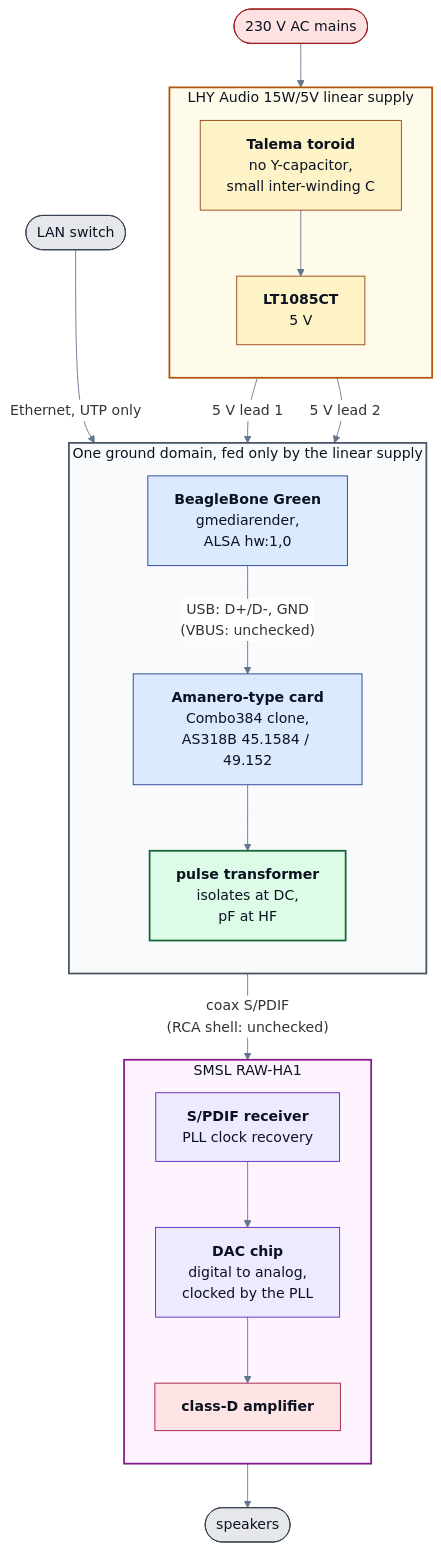
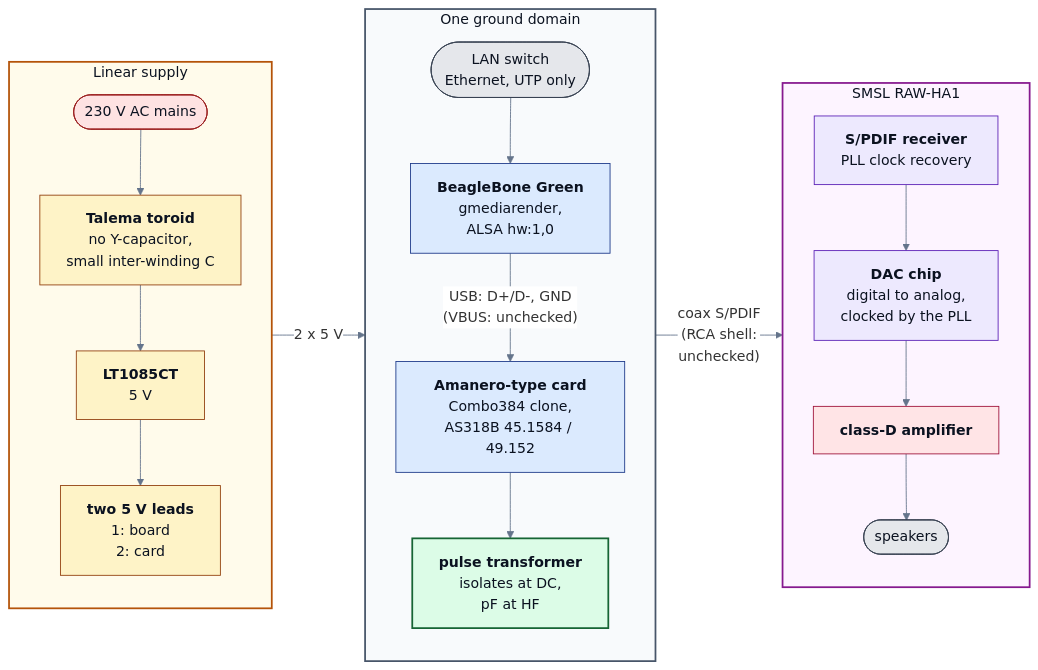
One commit to panedrone/beaglebone-gmediarender-valera changed the diagram in docs/audio_transport_power_grounding_map.md. Above: the diagram before and after it, drawn with Mermaid.

Commit message:
Grounding map: the topology as three vertical blocks side by side

````diff
--- a/docs/audio_transport_power_grounding_map.md
+++ b/docs/audio_transport_power_grounding_map.md
@@ -128,57 +128,53 @@
 ```mermaid
 %%{init: {"theme": "base", "themeVariables": {"fontSize": "16px", "textColor": "#0b1220", "lineColor": "#64748b", "edgeLabelBackground": "#ffffff"}}}%%
-flowchart TB
-    MAINS(["230 V AC mains"])
-
-    subgraph LPS["LHY Audio 15W/5V linear supply"]
+flowchart LR
+    subgraph LPS["Linear supply"]
         direction TB
+        MAINS(["230 V AC mains"])
         TOR["<b>Talema toroid</b><br/>no Y-capacitor,<br/>small inter-winding C"]
         REG["<b>LT1085CT</b><br/>5 V"]
-        TOR --> REG
+        LEADS["<b>two 5 V leads</b><br/>1: board<br/>2: card"]
+        MAINS --> TOR --> REG --> LEADS
     end
 
-    subgraph DOM["One ground domain, fed only by the linear supply"]
+    subgraph DOM["One ground domain"]
         direction TB
+        NET(["LAN switch<br/>Ethernet, UTP only"])
         BBG["<b>BeagleBone Green</b><br/>gmediarender,<br/>ALSA hw:1,0"]
         AMA["<b>Amanero-type card</b><br/>Combo384 clone,<br/>AS318B 45.1584 / 49.152"]
         XF["<b>pulse transformer</b><br/>isolates at DC,<br/>pF at HF"]
+        NET --> BBG
         BBG -- " USB: D+/D-, GND<br/>(VBUS: unchecked) " --> AMA
         AMA --> XF
     end
 
     subgraph DAC["SMSL RAW-HA1"]
         direction TB
         RX["<b>S/PDIF receiver</b><br/>PLL clock recovery"]
         CONV["<b>DAC chip</b><br/>digital to analog,<br/>clocked by the PLL"]
         AMP["<b>class-D amplifier</b>"]
-        RX --> CONV --> AMP
+        SPK(["speakers"])
+        RX --> CONV --> AMP --> SPK
     end
 
-    NET(["LAN switch"])
-    SPK(["speakers"])
-
-    MAINS --> TOR
-    REG -- " 5 V lead 1 " --> BBG
-    REG -- " 5 V lead 2 " --> AMA
-    NET -- " Ethernet, UTP only " --> BBG
-    XF -- " coax S/PDIF<br/>(RCA shell: unchecked) " --> RX
-    AMP --> SPK
+    LPS -- " 2 x 5 V " --> DOM
+    DOM -- " coax S/PDIF<br/>(RCA shell:<br/>unchecked) " --> DAC
 
     classDef mains fill: #fee2e2, stroke: #991b1b, stroke-width: 1px, color: #0b1220
     classDef power fill: #fef3c7, stroke: #92400e, stroke-width: 1px, color: #0b1220
     classDef digi fill: #dbeafe, stroke: #1e3a8a, stroke-width: 1px, color: #0b1220
     classDef iso fill: #dcfce7, stroke: #166534, stroke-width: 2px, color: #0b1220
     classDef dac fill: #ede9fe, stroke: #5b21b6, stroke-width: 1px, color: #0b1220
     classDef anlg fill: #ffe4e6, stroke: #9f1239, stroke-width: 1px, color: #0b1220
     classDef out fill: #e5e7eb, stroke: #374151, stroke-width: 1px, color: #0b1220
     class MAINS mains
-    class TOR,REG power
+    class TOR,REG,LEADS power
     class BBG,AMA digi
     class XF iso
     class RX,CONV dac
     class AMP anlg
     class NET,SPK out
     style LPS fill: #fffbeb, stroke: #b45309, stroke-width: 2px, color: #0b1220
     style DOM fill: #f8fafc, stroke: #475569, stroke-width: 2px, color: #0b1220
     style DAC fill: #fdf4ff, stroke: #86198f, stroke-width: 2px, color: #0b1220
 ```
````
